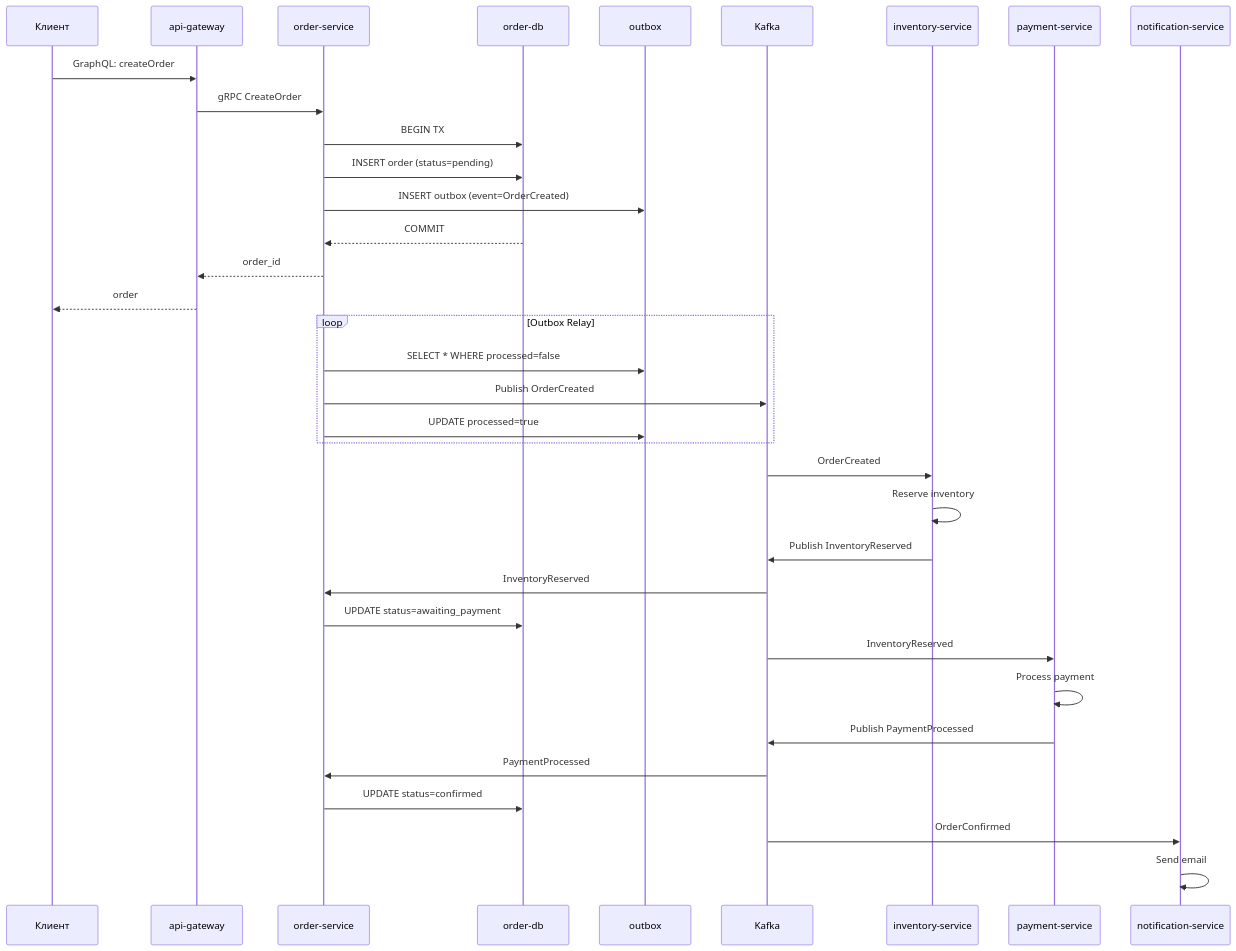
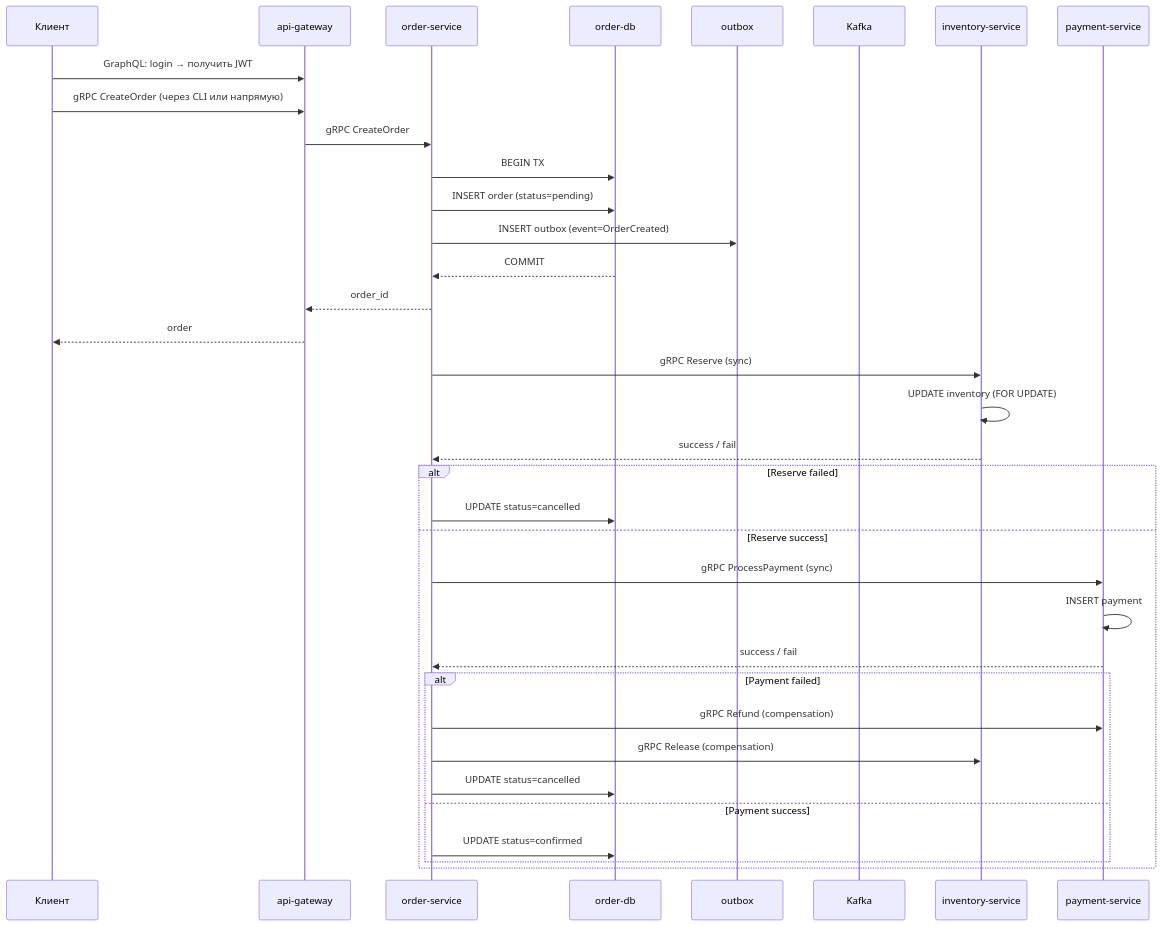
One commit to ekhodzitsky/go-ozon-marketplace changed the second of 4 diagrams in docs/ARCHITECTURE.md. Above: the diagram before and after it, drawn with Mermaid. The commit also changed other lines of this file and 14 other files, not shown here.

````diff
--- a/docs/ARCHITECTURE.md
+++ b/docs/ARCHITECTURE.md
@@ -57,44 +56,41 @@
 ```mermaid
 sequenceDiagram
     participant C as Клиент
     participant AG as api-gateway
     participant OS as order-service
     participant ODB as order-db
     participant OB as outbox
     participant K as Kafka
     participant IS as inventory-service
     participant PS as payment-service
-    participant NS as notification-service
 
-    C->>AG: GraphQL: createOrder
+    C->>AG: GraphQL: login → получить JWT
+    C->>AG: gRPC CreateOrder (через CLI или напрямую)
     AG->>OS: gRPC CreateOrder
     OS->>ODB: BEGIN TX
     OS->>ODB: INSERT order (status=pending)
     OS->>OB: INSERT outbox (event=OrderCreated)
     ODB-->>OS: COMMIT
     OS-->>AG: order_id
     AG-->>C: order
 
-    loop Outbox Relay
-        OS->>OB: SELECT * WHERE processed=false
-        OS->>K: Publish OrderCreated
-        OS->>OB: UPDATE processed=true
+    OS->>IS: gRPC Reserve (sync)
+    IS->>IS: UPDATE inventory (FOR UPDATE)
+    IS-->>OS: success / fail
+
+    alt Reserve failed
+        OS->>ODB: UPDATE status=cancelled
+    else Reserve success
+        OS->>PS: gRPC ProcessPayment (sync)
+        PS->>PS: INSERT payment
+        PS-->>OS: success / fail
+
+        alt Payment failed
+            OS->>PS: gRPC Refund (compensation)
+            OS->>IS: gRPC Release (compensation)
+            OS->>ODB: UPDATE status=cancelled
+        else Payment success
+            OS->>ODB: UPDATE status=confirmed
+        end
     end
-
-    K->>IS: OrderCreated
-    IS->>IS: Reserve inventory
-    IS->>K: Publish InventoryReserved
-
-    K->>OS: InventoryReserved
-    OS->>ODB: UPDATE status=awaiting_payment
-
-    K->>PS: InventoryReserved
-    PS->>PS: Process payment
-    PS->>K: Publish PaymentProcessed
-
-    K->>OS: PaymentProcessed
-    OS->>ODB: UPDATE status=confirmed
-
-    K->>NS: OrderConfirmed
-    NS->>NS: Send email
 ```
````
